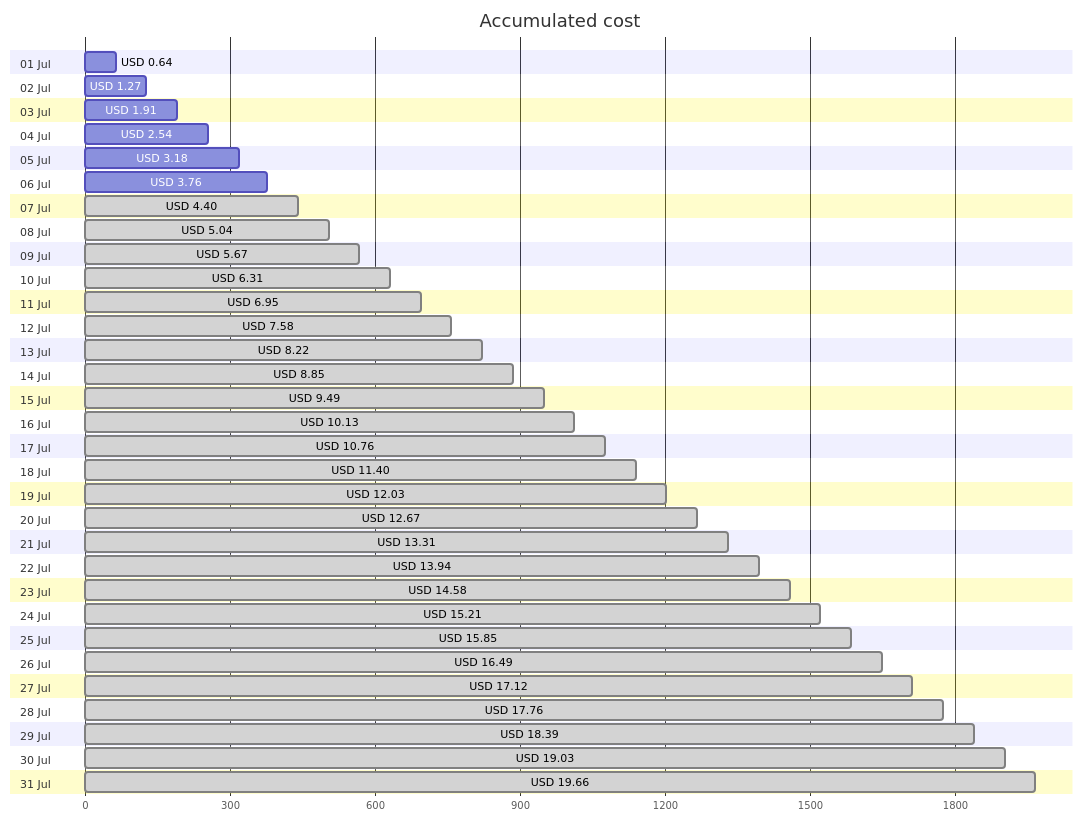
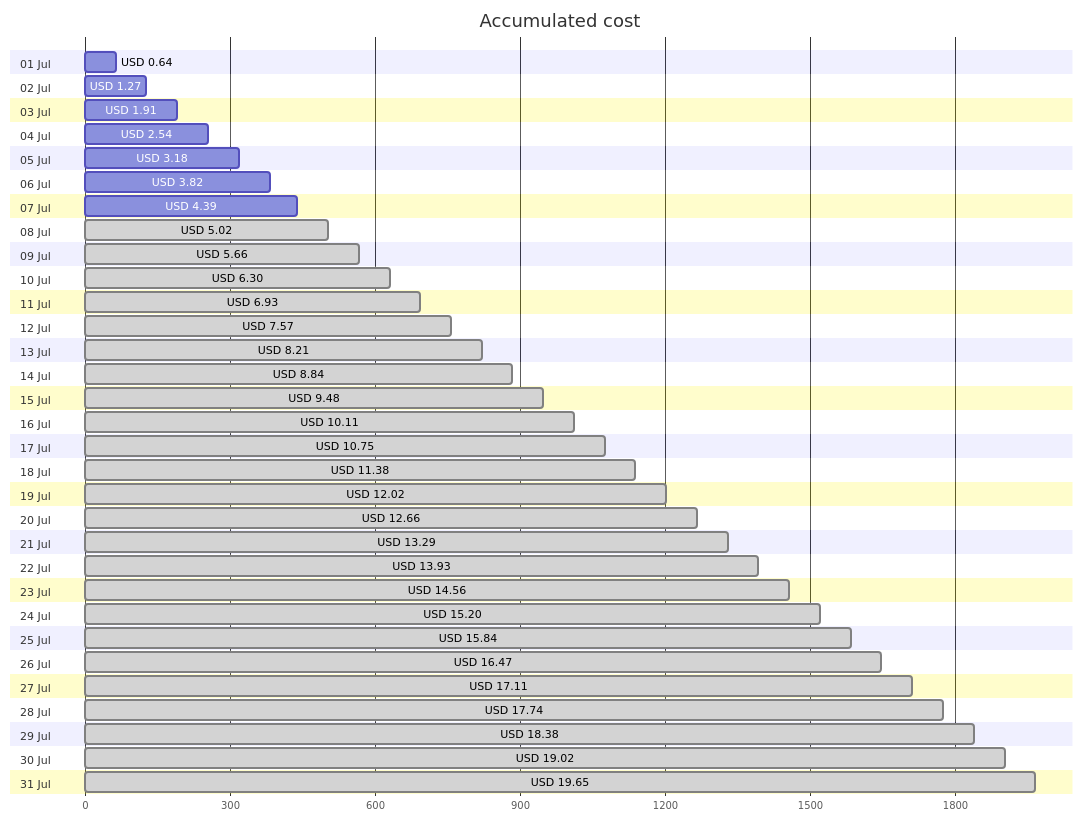
One commit to jpfulton/azure-personal-reports changed the first of 4 diagrams in cost-reports/accumulated-cost.md. Above: the diagram before and after it, drawn with Mermaid. The commit also changed other lines of this file and 4 other files, not shown here.

````diff
--- a/cost-reports/accumulated-cost.md
+++ b/cost-reports/accumulated-cost.md
@@ -20,68 +20,68 @@
 ```mermaid
 gantt
    title Accumulated cost
    dateFormat  X
    axisFormat %s
    section 01 Jul
    USD 0.64 :0, 64
    section 02 Jul
    USD 1.27 :0, 127
    section 03 Jul
    USD 1.91 :0, 191
    section 04 Jul
    USD 2.54 :0, 254
    section 05 Jul
    USD 3.18 :0, 318
    section 06 Jul
-   USD 3.76 :0, 376
+   USD 3.82 :0, 382
    section 07 Jul
-   USD 4.40 : done, 0, 440
+   USD 4.39 :0, 439
    section 08 Jul
-   USD 5.04 : done, 0, 504
+   USD 5.02 : done, 0, 502
    section 09 Jul
-   USD 5.67 : done, 0, 567
+   USD 5.66 : done, 0, 566
    section 10 Jul
-   USD 6.31 : done, 0, 631
+   USD 6.30 : done, 0, 630
    section 11 Jul
-   USD 6.95 : done, 0, 695
+   USD 6.93 : done, 0, 693
    section 12 Jul
-   USD 7.58 : done, 0, 758
+   USD 7.57 : done, 0, 757
    section 13 Jul
-   USD 8.22 : done, 0, 822
+   USD 8.21 : done, 0, 821
    section 14 Jul
-   USD 8.85 : done, 0, 885
+   USD 8.84 : done, 0, 884
    section 15 Jul
-   USD 9.49 : done, 0, 949
+   USD 9.48 : done, 0, 948
    section 16 Jul
-   USD 10.13 : done, 0, 1013
+   USD 10.11 : done, 0, 1011
    section 17 Jul
-   USD 10.76 : done, 0, 1076
+   USD 10.75 : done, 0, 1075
    section 18 Jul
-   USD 11.40 : done, 0, 1140
+   USD 11.38 : done, 0, 1138
    section 19 Jul
-   USD 12.03 : done, 0, 1203
+   USD 12.02 : done, 0, 1202
    section 20 Jul
-   USD 12.67 : done, 0, 1267
+   USD 12.66 : done, 0, 1266
    section 21 Jul
-   USD 13.31 : done, 0, 1331
+   USD 13.29 : done, 0, 1329
    section 22 Jul
-   USD 13.94 : done, 0, 1394
+   USD 13.93 : done, 0, 1393
    section 23 Jul
-   USD 14.58 : done, 0, 1458
+   USD 14.56 : done, 0, 1456
    section 24 Jul
-   USD 15.21 : done, 0, 1521
+   USD 15.20 : done, 0, 1520
    section 25 Jul
-   USD 15.85 : done, 0, 1585
+   USD 15.84 : done, 0, 1584
    section 26 Jul
-   USD 16.49 : done, 0, 1649
+   USD 16.47 : done, 0, 1647
    section 27 Jul
-   USD 17.12 : done, 0, 1712
+   USD 17.11 : done, 0, 1711
    section 28 Jul
-   USD 17.76 : done, 0, 1776
+   USD 17.74 : done, 0, 1774
    section 29 Jul
-   USD 18.39 : done, 0, 1839
+   USD 18.38 : done, 0, 1838
    section 30 Jul
-   USD 19.03 : done, 0, 1903
+   USD 19.02 : done, 0, 1902
    section 31 Jul
-   USD 19.66 : done, 0, 1966
+   USD 19.65 : done, 0, 1965
 ```
````
